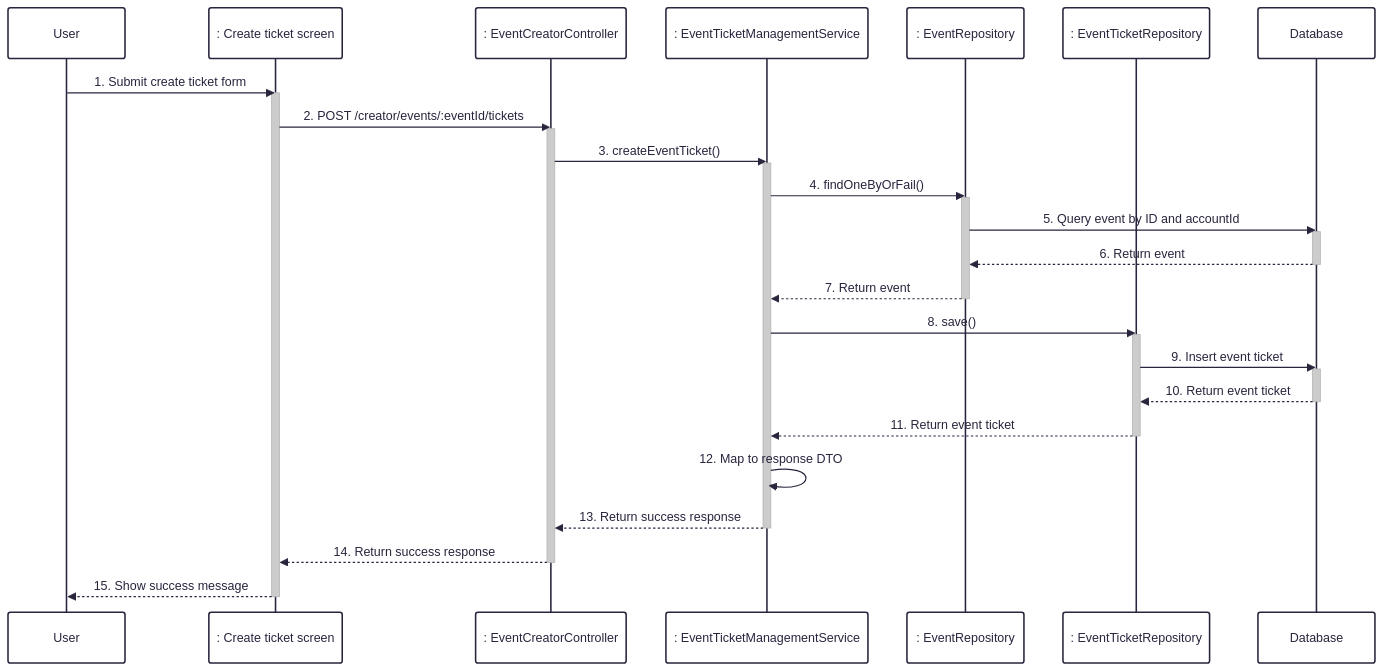
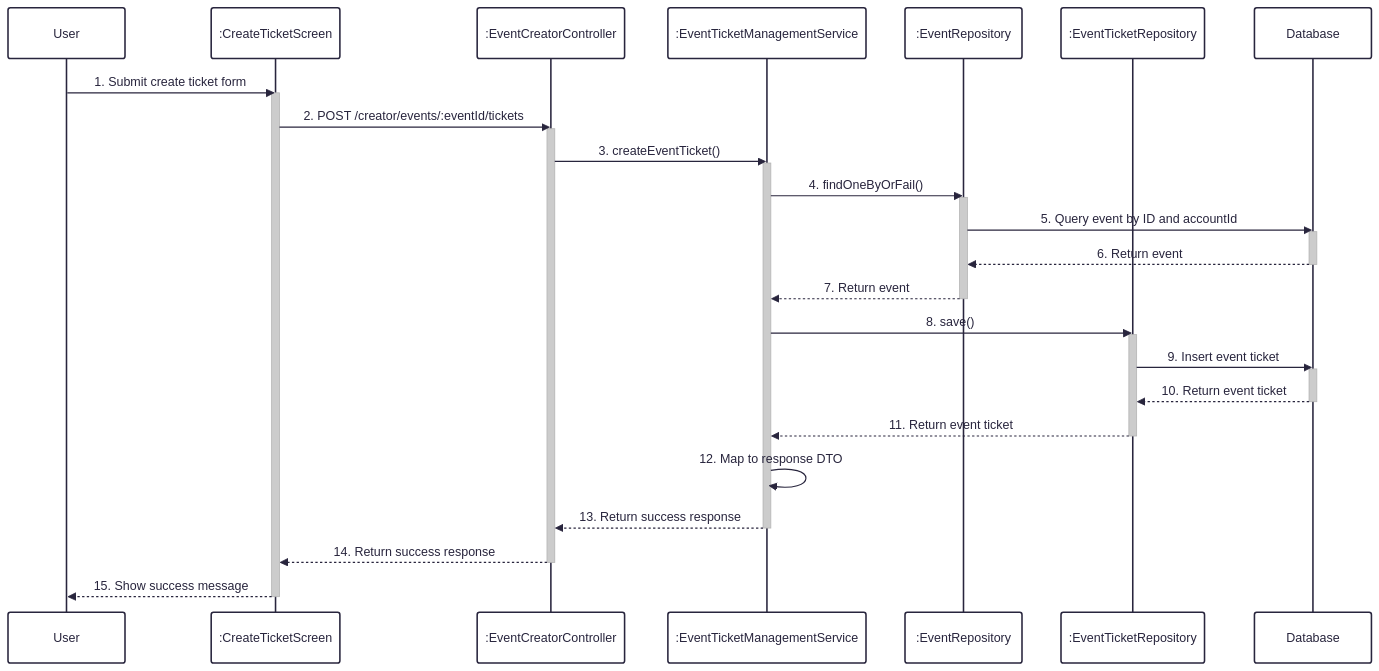
The diagram in docs/sequence/7-create-event-ticket.md (UrbanLens-2025/urban-lens_server), drawn with Mermaid before and after one commit. The commit also changed other lines of this file and 19 other files, not shown here.

````diff
--- a/docs/sequence/7-create-event-ticket.md
+++ b/docs/sequence/7-create-event-ticket.md
@@ -1,45 +1,45 @@
 ```mermaid
 ---
 config:
   theme: redux
   look: classic
 ---
 sequenceDiagram
     participant User
-    participant Frontend as : Create ticket screen
-    participant EventCreatorController as : EventCreatorController
-    participant EventTicketManagementService as : EventTicketManagementService
-    participant EventRepository as : EventRepository
-    participant EventTicketRepository as : EventTicketRepository
+    participant CreateTicketScreen as :CreateTicketScreen
+    participant EventCreatorController as :EventCreatorController
+    participant EventTicketManagementService as :EventTicketManagementService
+    participant EventRepository as :EventRepository
+    participant EventTicketRepository as :EventTicketRepository
     participant Database
 
-    User->>Frontend: 1. Submit create ticket form
-    activate Frontend
-    Frontend->>EventCreatorController: 2. POST /creator/events/:eventId/tickets
+    User->>CreateTicketScreen: 1. Submit create ticket form
+    activate CreateTicketScreen
+    CreateTicketScreen->>EventCreatorController: 2. POST /creator/events/:eventId/tickets
     activate EventCreatorController
     EventCreatorController->>EventTicketManagementService: 3. createEventTicket()
     activate EventTicketManagementService
     EventTicketManagementService->>EventRepository: 4. findOneByOrFail()
     activate EventRepository
     EventRepository->>Database: 5. Query event by ID and accountId
     activate Database
     Database-->>EventRepository: 6. Return event
     deactivate Database
     EventRepository-->>EventTicketManagementService: 7. Return event
     deactivate EventRepository
     EventTicketManagementService->>EventTicketRepository: 8. save()
     activate EventTicketRepository
     EventTicketRepository->>Database: 9. Insert event ticket
     activate Database
     Database-->>EventTicketRepository: 10. Return event ticket
     deactivate Database
     EventTicketRepository-->>EventTicketManagementService: 11. Return event ticket
     deactivate EventTicketRepository
     EventTicketManagementService->>EventTicketManagementService: 12. Map to response DTO
     EventTicketManagementService-->>EventCreatorController: 13. Return success response
     deactivate EventTicketManagementService
-    EventCreatorController-->>Frontend: 14. Return success response
+    EventCreatorController-->>CreateTicketScreen: 14. Return success response
     deactivate EventCreatorController
-    Frontend-->>User: 15. Show success message
-    deactivate Frontend
+    CreateTicketScreen-->>User: 15. Show success message
+    deactivate CreateTicketScreen
 ```
````
